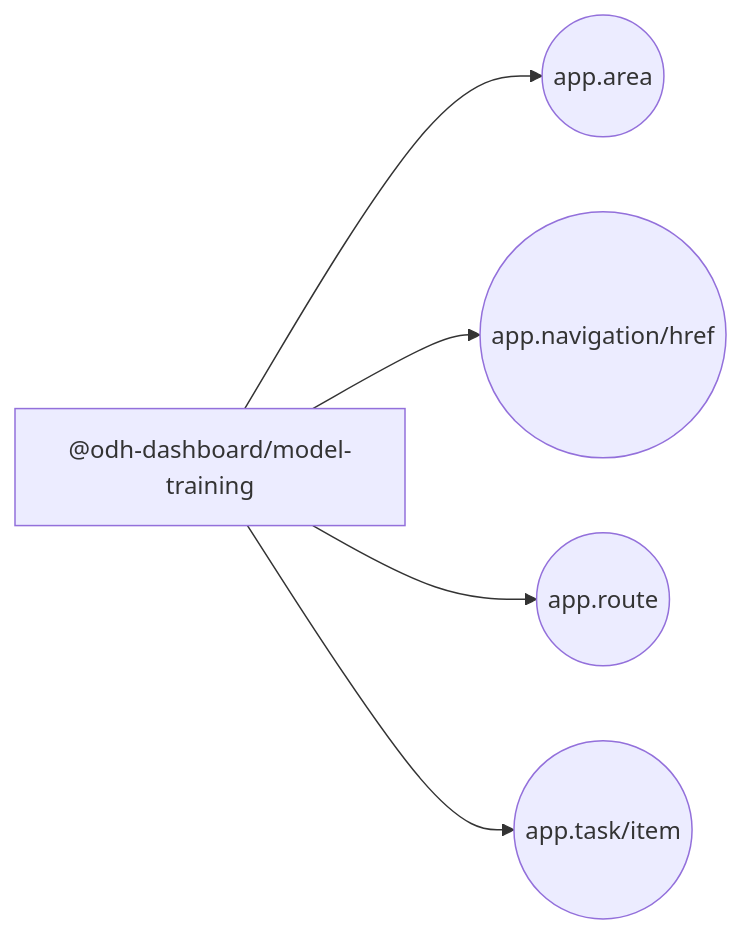
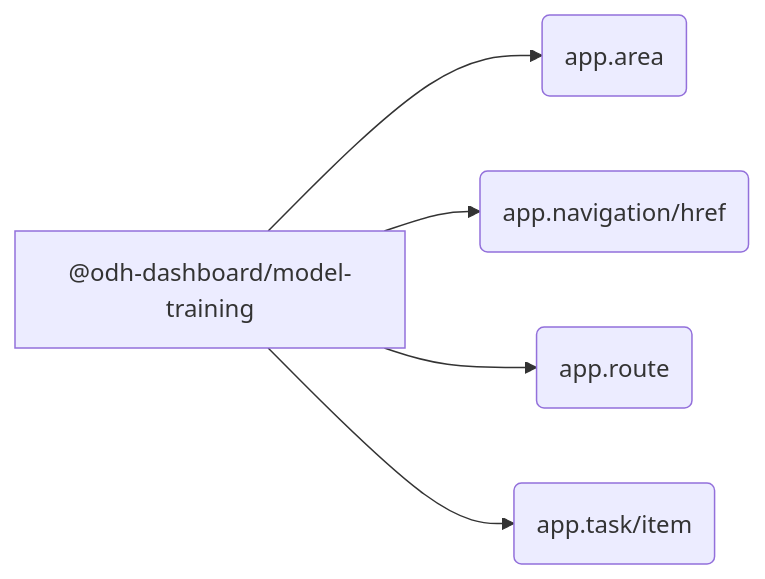
One commit to mturley/odh-dashboard changed the diagram in packages/model-training/docs/extensions.md. Above: the diagram before and after it, drawn with Mermaid. The commit also changed 24 other files, not shown here.

````diff
--- a/packages/model-training/docs/extensions.md
+++ b/packages/model-training/docs/extensions.md
@@ -15,12 +15,12 @@
 ```mermaid
 flowchart LR
   pkg_n__odh_dashboard_model_training_d94360["@odh-dashboard/model-training"]
-  point_n_app_area_bcfe23(("app.area"))
+  point_n_app_area_bcfe23("app.area")
   pkg_n__odh_dashboard_model_training_d94360 --> point_n_app_area_bcfe23
-  point_n_app_navigation_href_67179c(("app.navigation/href"))
+  point_n_app_navigation_href_67179c("app.navigation/href")
   pkg_n__odh_dashboard_model_training_d94360 --> point_n_app_navigation_href_67179c
-  point_n_app_route_2735df(("app.route"))
+  point_n_app_route_2735df("app.route")
   pkg_n__odh_dashboard_model_training_d94360 --> point_n_app_route_2735df
-  point_n_app_task_item_001b33(("app.task/item"))
+  point_n_app_task_item_001b33("app.task/item")
   pkg_n__odh_dashboard_model_training_d94360 --> point_n_app_task_item_001b33
 ```
````
